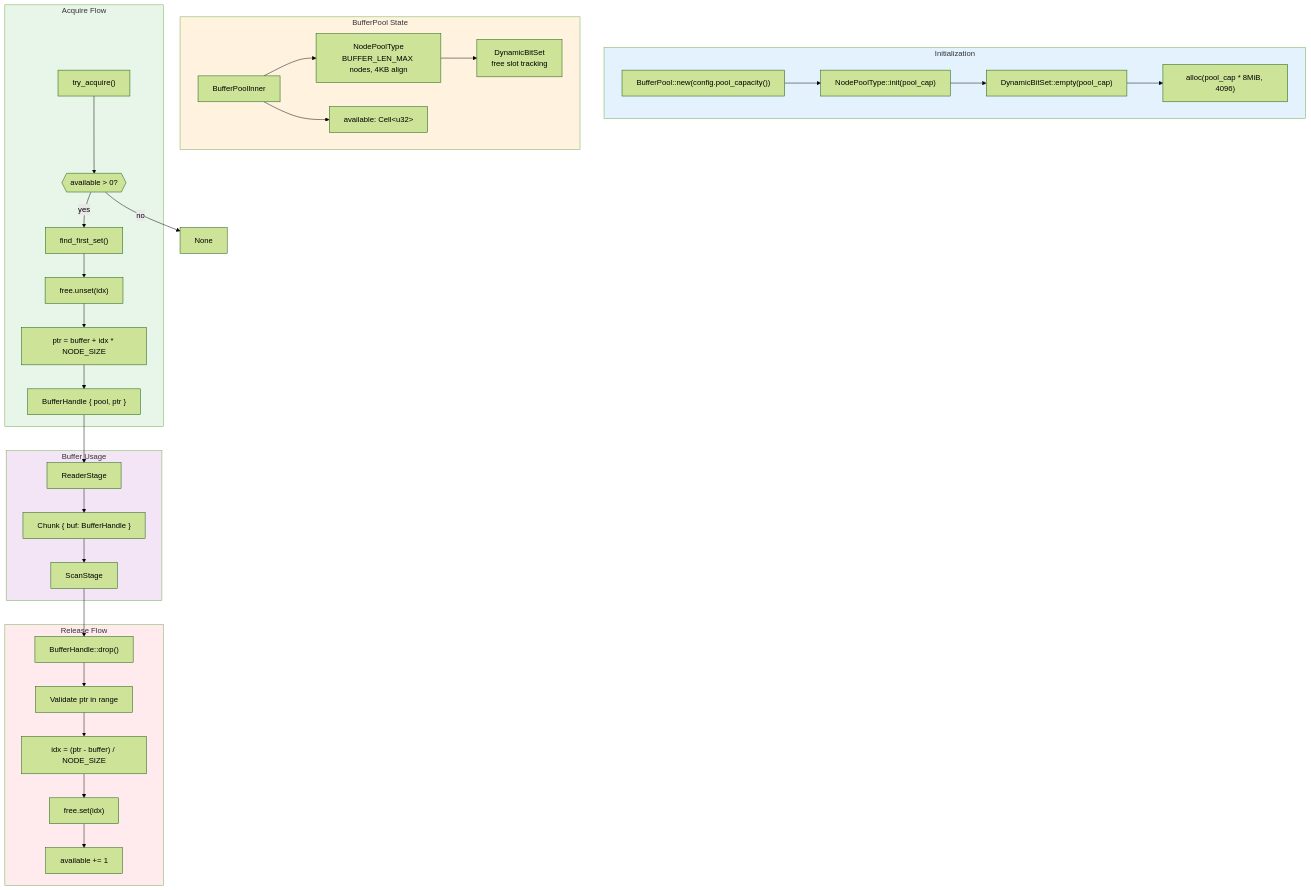
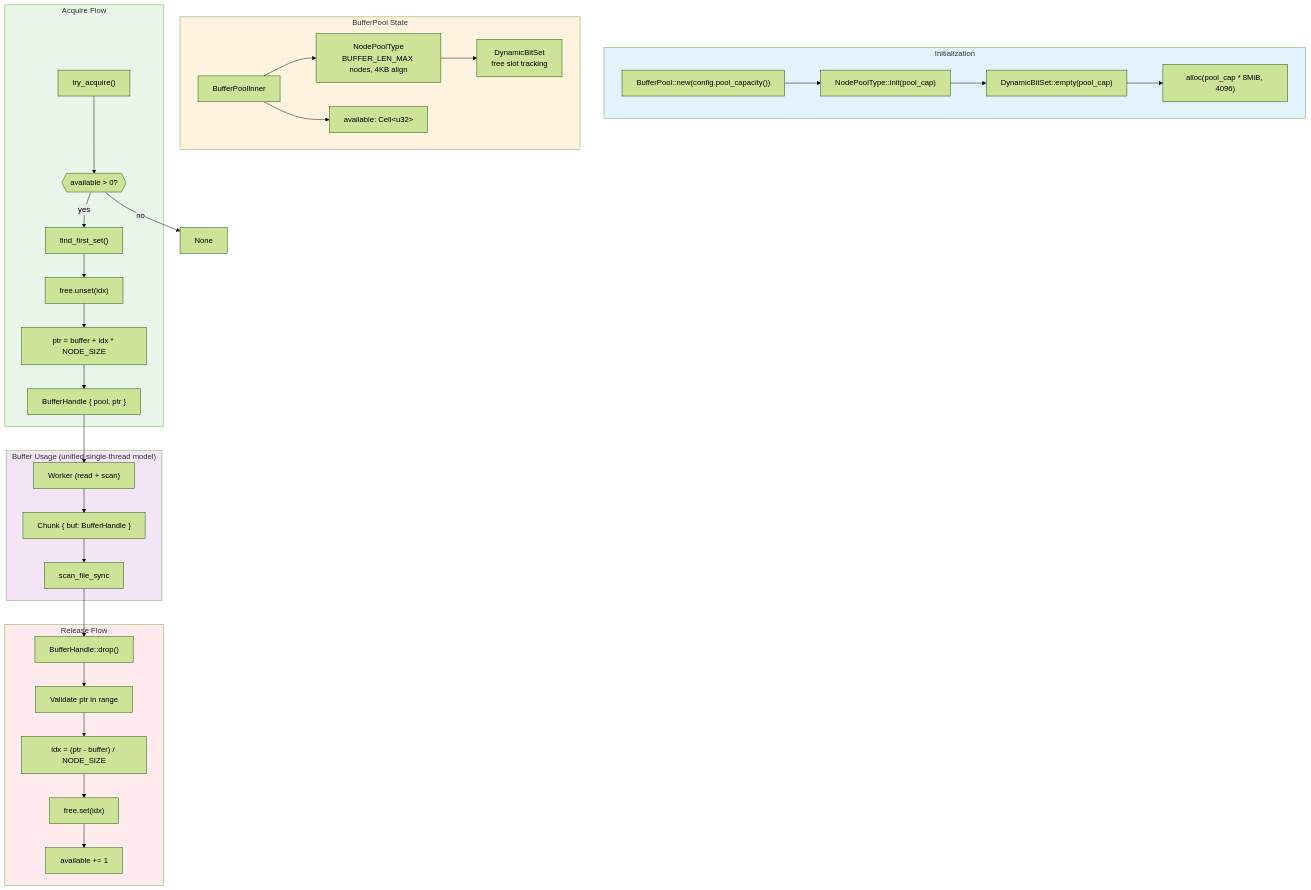
The first of 4 diagrams in docs/memory-management.md (ahrav/Gossip-rs), drawn with Mermaid (forest theme) before and after one commit. The commit also changed other lines of this file and 12 other files, not shown here.

First line of the commit message:
Update documentation to reflect API and architecture changes

````diff
--- a/docs/memory-management.md
+++ b/docs/memory-management.md
@@ -351,70 +351,70 @@
 ```mermaid
 flowchart TB
     subgraph Init["Initialization"]
         PoolInit["BufferPool::new(config.pool_capacity())"]
         NodeInit["NodePoolType::init(pool_cap)"]
         BitInit["DynamicBitSet::empty(pool_cap)"]
         Alloc["alloc(pool_cap * 8MiB, 4096)"]
     end
 
     subgraph Pool["BufferPool State"]
         Inner["BufferPoolInner"]
         NodePool["NodePoolType<br/>BUFFER_LEN_MAX nodes, 4KB align"]
         Available["available: Cell&lt;u32&gt;"]
         Bitset["DynamicBitSet<br/>free slot tracking"]
     end
 
     subgraph Acquire["Acquire Flow"]
         TryAcq["try_acquire()"]
         CheckAvail{{"available > 0?"}}
         FindFree["find_first_set()"]
         UnsetBit["free.unset(idx)"]
         CalcPtr["ptr = buffer + idx * NODE_SIZE"]
         Handle["BufferHandle { pool, ptr }"]
     end
 
     subgraph Release["Release Flow"]
         Drop["BufferHandle::drop()"]
         ValidatePtr["Validate ptr in range"]
         CalcIdx["idx = (ptr - buffer) / NODE_SIZE"]
         SetBit["free.set(idx)"]
         IncAvail["available += 1"]
     end
 
-    subgraph Usage["Buffer Usage"]
-        Reader["ReaderStage"]
+    subgraph Usage["Buffer Usage (unified single-thread model)"]
+        Worker["Worker (read + scan)"]
         Chunk["Chunk { buf: BufferHandle }"]
-        Scanner["ScanStage"]
+        Process["scan_file_sync"]
     end
 
     PoolInit --> NodeInit
     NodeInit --> BitInit
     BitInit --> Alloc
 
     Inner --> NodePool
     Inner --> Available
     NodePool --> Bitset
 
     TryAcq --> CheckAvail
     CheckAvail --> |"no"| None["None"]
     CheckAvail --> |"yes"| FindFree
     FindFree --> UnsetBit
     UnsetBit --> CalcPtr
     CalcPtr --> Handle
 
-    Handle --> Reader
-    Reader --> Chunk
-    Chunk --> Scanner
-    Scanner --> Drop
+    Handle --> Worker
+    Worker --> Chunk
+    Chunk --> Process
+    Process --> Drop
 
     Drop --> ValidatePtr
     ValidatePtr --> CalcIdx
     CalcIdx --> SetBit
     SetBit --> IncAvail
 
     style Init fill:#e3f2fd
     style Pool fill:#fff3e0
     style Acquire fill:#e8f5e9
     style Release fill:#ffebee
     style Usage fill:#f3e5f5
 ```
````
